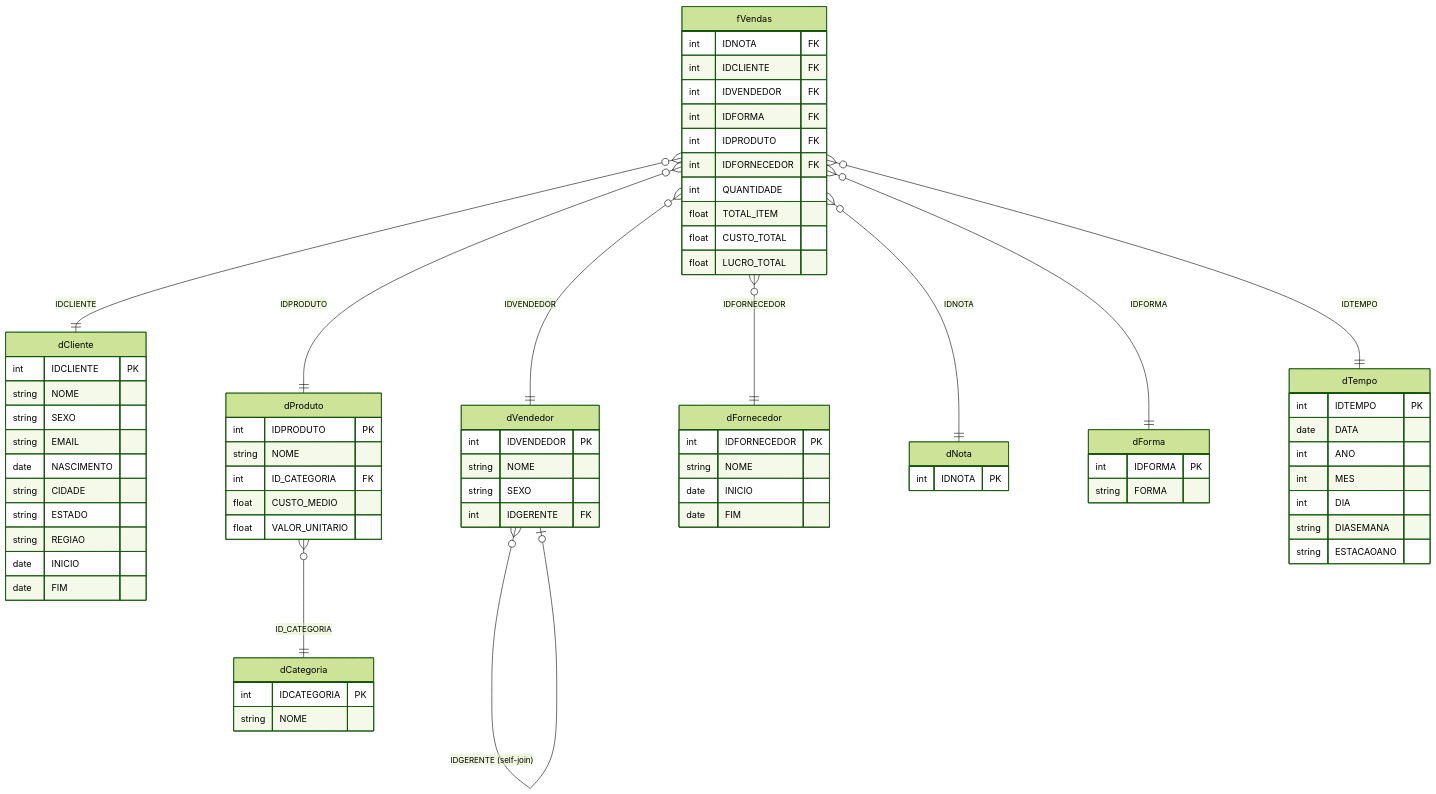
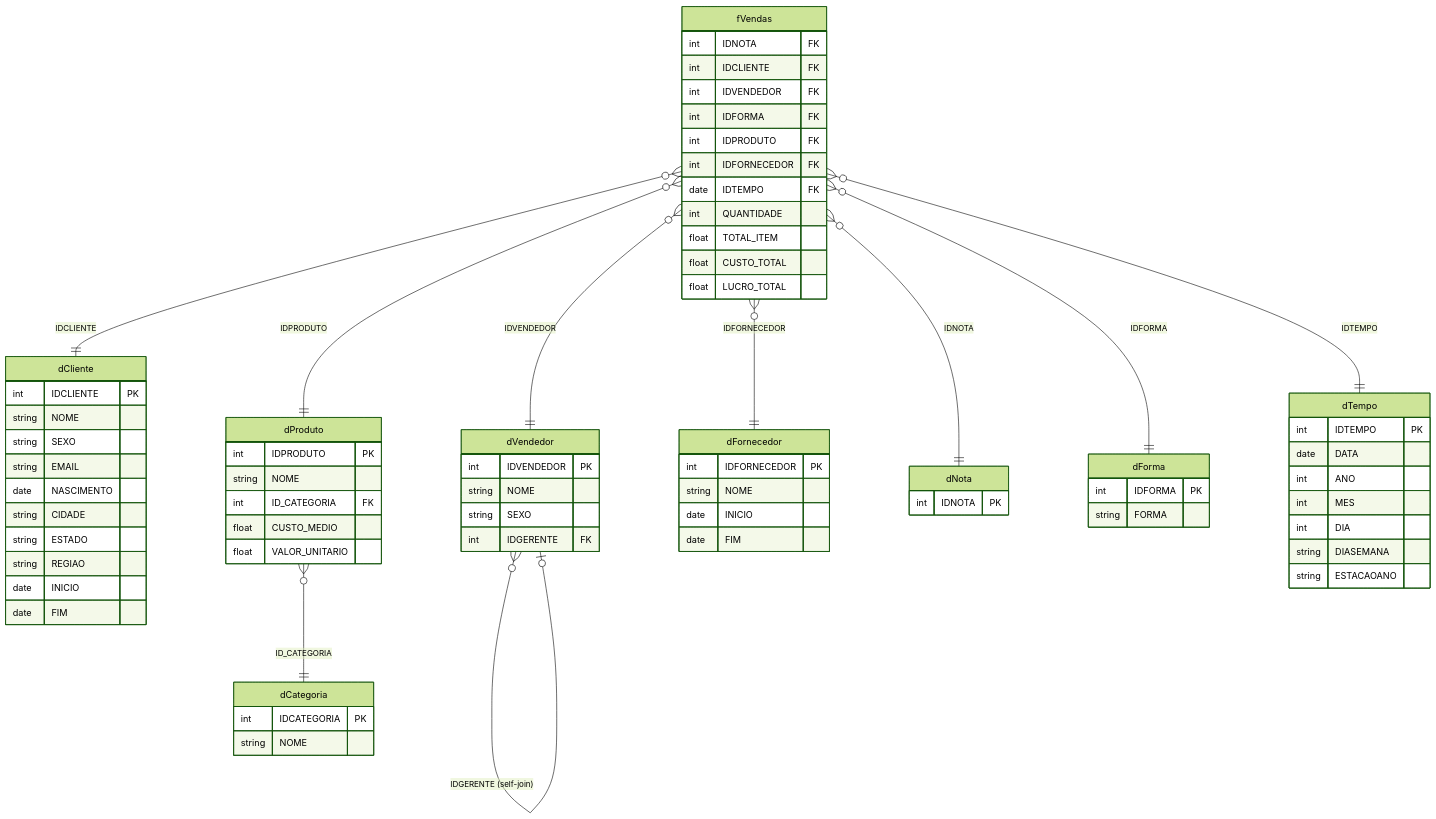
Before and after one commit to JISAE221/projeto-ia-vendas: the diagram in docs/planejamento_documentacao/documentacao.md, drawn with Mermaid (forest theme). The commit also changed 135 other files, not shown here.

```diff
--- a/docs/planejamento_documentacao/documentacao.md
+++ b/docs/planejamento_documentacao/documentacao.md
@@ -144,6 +144,7 @@
         int IDFORMA FK
         int IDPRODUTO FK
         int IDFORNECEDOR FK
+        date IDTEMPO FK
         int QUANTIDADE
         float TOTAL_ITEM
         float CUSTO_TOTAL
```
